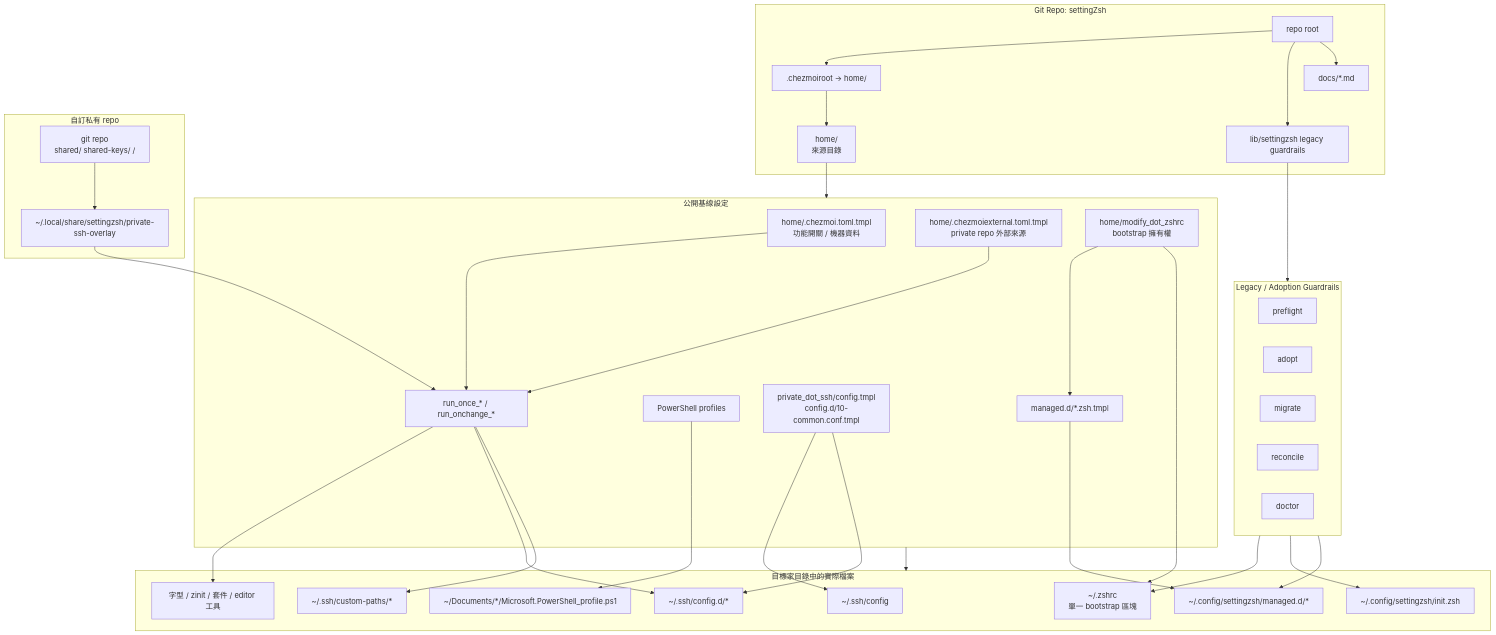
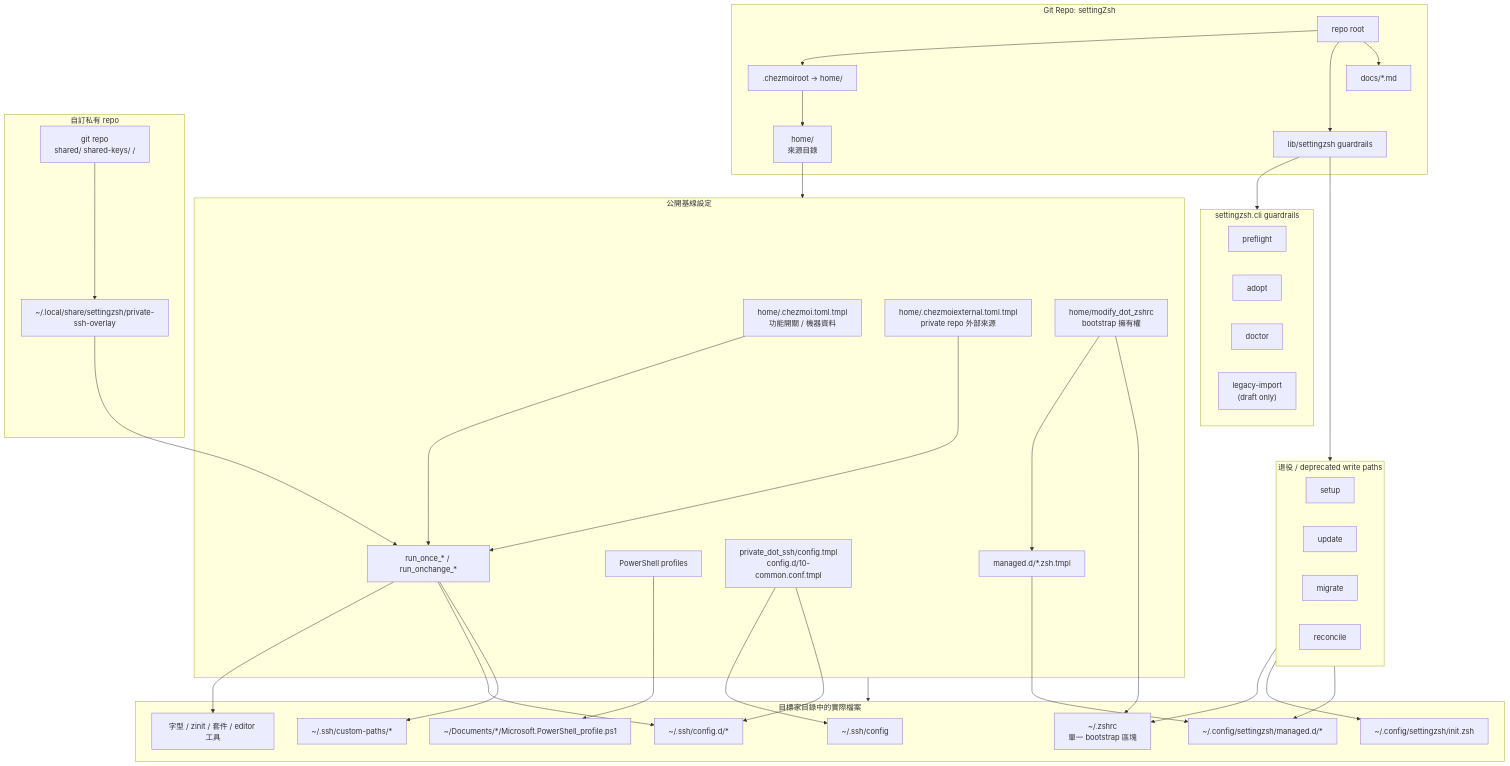
The first of 3 diagrams in docs/architecture-diagram.md (ValorVie/settingZsh), drawn with Mermaid before and after one commit. The commit also changed other lines of this file and 7 other files, not shown here.

Commit message:
docs(architecture): 對齊單核心 chezmoi 架構與驗收

````diff
--- a/docs/architecture-diagram.md
+++ b/docs/architecture-diagram.md
@@ -10,67 +10,74 @@
 ```mermaid
 flowchart TB
     subgraph Repo["Git Repo: settingZsh"]
         Root["repo root"]
         RootFile[".chezmoiroot -> home/"]
         Source["home/\n來源目錄"]
-        Lib["lib/settingzsh legacy guardrails"]
+        Lib["lib/settingzsh guardrails"]
         Docs["docs/*.md"]
         Root --> RootFile --> Source
         Root --> Lib
         Root --> Docs
     end
 
     subgraph Public["公開基線設定"]
         Config["home/.chezmoi.toml.tmpl\n功能開關 / 機器資料"]
         External["home/.chezmoiexternal.toml.tmpl\nprivate repo 外部來源"]
         Modify["home/modify_dot_zshrc\nbootstrap 擁有權"]
         Shell["managed.d/*.zsh.tmpl"]
         PS["PowerShell profiles"]
         SSH["private_dot_ssh/config.tmpl\nconfig.d/10-common.conf.tmpl"]
         Scripts["run_once_* / run_onchange_*"]
         Config --> Scripts
         External --> Scripts
         Modify --> Shell
     end
 
     subgraph Target["目標家目錄中的實際檔案"]
         Zshrc["~/.zshrc\n單一 bootstrap 區塊"]
         Init["~/.config/settingzsh/init.zsh"]
         Managed["~/.config/settingzsh/managed.d/*"]
         Profiles["~/Documents/*/Microsoft.PowerShell_profile.ps1"]
         SSHMain["~/.ssh/config"]
         SSHDir["~/.ssh/config.d/*"]
         Tools["字型 / zinit / 套件 / editor 工具"]
         CustomPaths["~/.ssh/custom-paths/*"]
     end
 
     subgraph Private["自訂私有 repo"]
         PrivateRepo["git repo\nshared/ shared-keys/ <profile>/"]
         OverlayCheckout["~/.local/share/settingzsh/private-ssh-overlay"]
         PrivateRepo --> OverlayCheckout
     end
 
-    subgraph Legacy["Legacy / Adoption Guardrails"]
+    subgraph Guardrails["settingzsh.cli guardrails"]
         Preflight["preflight"]
         Adopt["adopt"]
+        Doctor["doctor"]
+        LegacyImport["legacy-import\n(draft only)"]
+    end
+
+    subgraph Retired["退役 / deprecated write paths"]
+        Setup["setup"]
+        Update["update"]
         Migrate["migrate"]
         Reconcile["reconcile"]
-        Doctor["doctor"]
     end
 
     Source --> Public
     Public --> Target
     OverlayCheckout --> Scripts
     Scripts --> Tools
     Scripts --> SSHDir
     Scripts --> CustomPaths
     Modify --> Zshrc
     Shell --> Managed
     PS --> Profiles
     SSH --> SSHMain
     SSH --> SSHDir
-    Lib --> Legacy
-    Legacy --> Zshrc
-    Legacy --> Init
-    Legacy --> Managed
+    Lib --> Guardrails
+    Lib --> Retired
+    Retired --> Zshrc
+    Retired --> Init
+    Retired --> Managed
 ```
````
